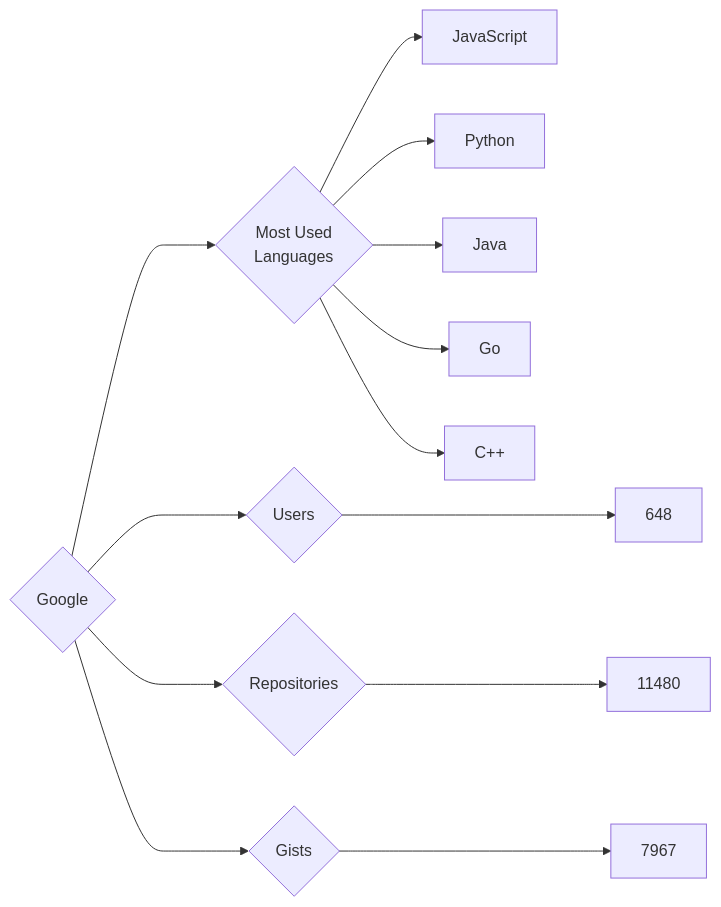
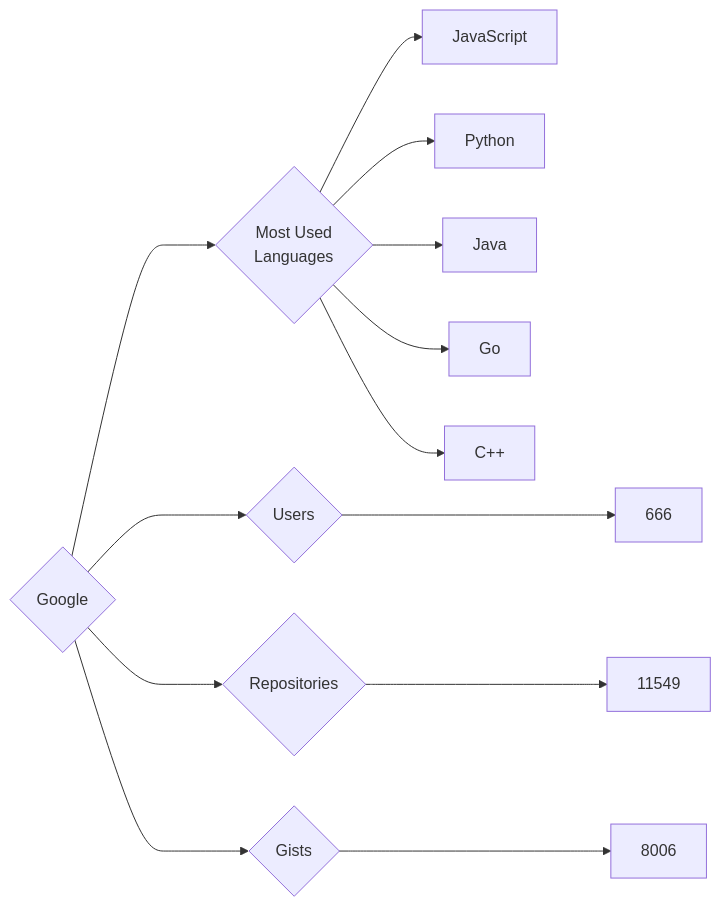
The diagram in targets/Google/README.md (trickest/insiders), drawn with Mermaid before and after one commit. The commit also changed 629 other files, not shown here.

````diff
--- a/targets/Google/README.md
+++ b/targets/Google/README.md
@@ -3,13 +3,13 @@
 ```mermaid
 graph LR
 COMPANY_NAME{Google}
-COMPANY_NAME ---> U{Users} ---> UN[648]
-COMPANY_NAME ---> R{Repositories} ---> RN[11480]
-COMPANY_NAME ---> G{Gists} ---> GN[7967]
+COMPANY_NAME ---> U{Users} ---> UN[666]
+COMPANY_NAME ---> R{Repositories} ---> RN[11549]
+COMPANY_NAME ---> G{Gists} ---> GN[8006]
 COMPANY_NAME ---> ML{Most Used<br>Languages}
 ML --> JavaScript[JavaScript]
 ML --> Python[Python]
 ML --> Java[Java]
 ML --> Go[Go]
 ML --> C++[C++]
 ```
````
